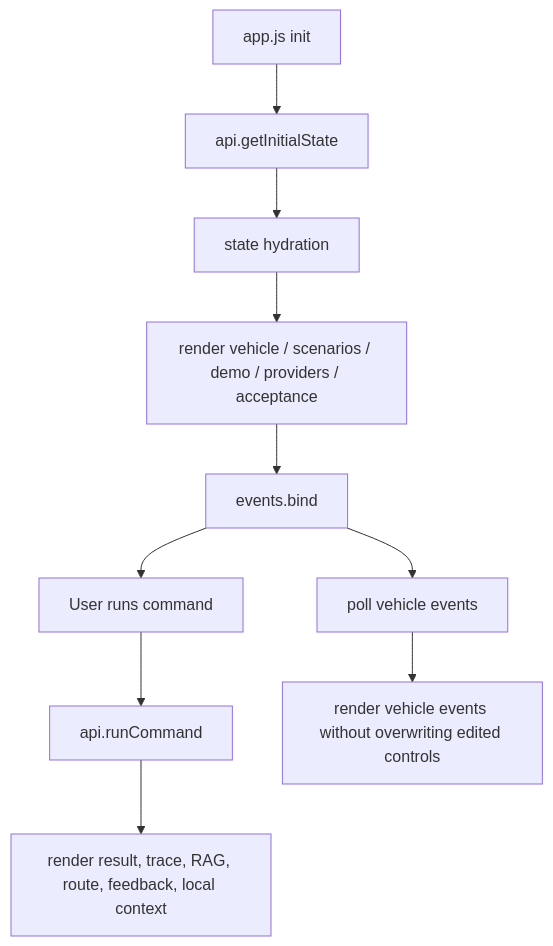
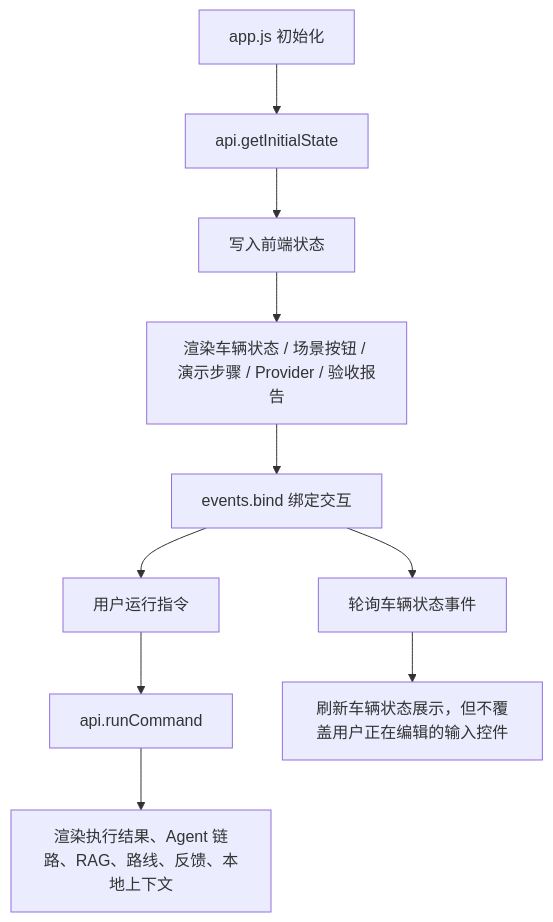
One commit to qwan0766/vehicle-agent-cloud-edge changed the diagram in docs/superpowers/specs/2026-05-08-web-frontend-modularization-design.md. Above: the diagram before and after it, drawn with Mermaid. The commit also changed other lines of this file, not shown here.

````diff
--- a/docs/superpowers/specs/2026-05-08-web-frontend-modularization-design.md
+++ b/docs/superpowers/specs/2026-05-08-web-frontend-modularization-design.md
@@ -104,12 +104,12 @@
 ```mermaid
 flowchart TD
-    A["app.js init"] --> B["api.getInitialState"]
-    B --> C["state hydration"]
-    C --> D["render vehicle / scenarios / demo / providers / acceptance"]
-    D --> E["events.bind"]
-    E --> F["User runs command"]
+    A["app.js 初始化"] --> B["api.getInitialState"]
+    B --> C["写入前端状态"]
+    C --> D["渲染车辆状态 / 场景按钮 / 演示步骤 / Provider / 验收报告"]
+    D --> E["events.bind 绑定交互"]
+    E --> F["用户运行指令"]
     F --> G["api.runCommand"]
-    G --> H["render result, trace, RAG, route, feedback, local context"]
-    E --> I["poll vehicle events"]
-    I --> J["render vehicle events without overwriting edited controls"]
+    G --> H["渲染执行结果、Agent 链路、RAG、路线、反馈、本地上下文"]
+    E --> I["轮询车辆状态事件"]
+    I --> J["刷新车辆状态展示，但不覆盖用户正在编辑的输入控件"]
 ```
````
